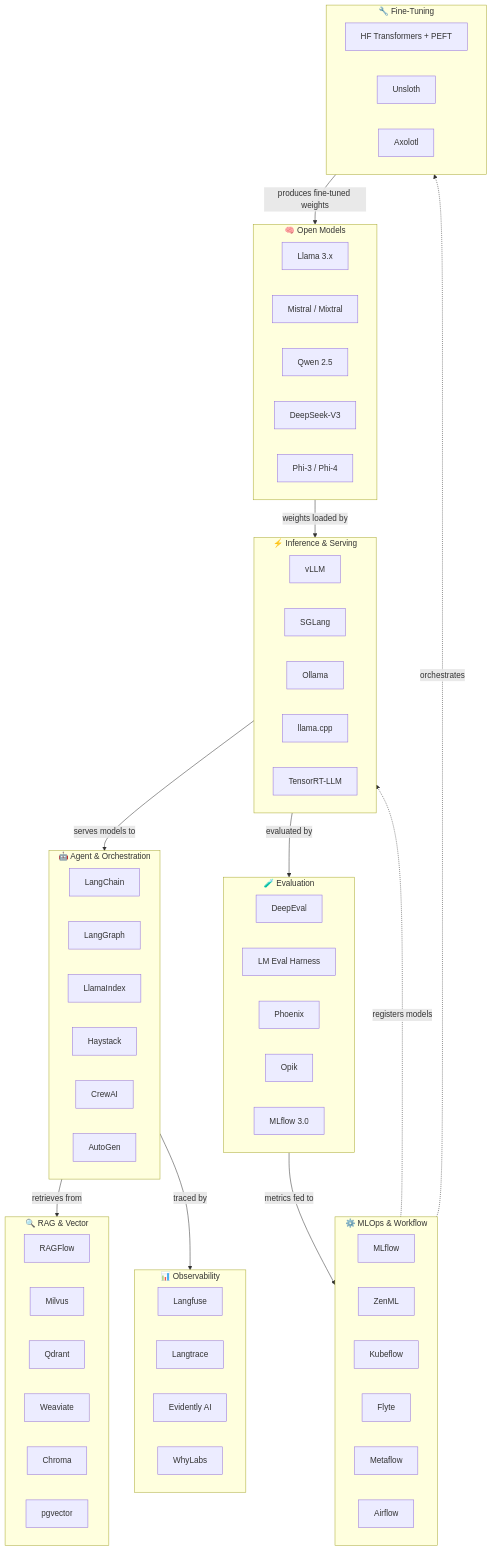
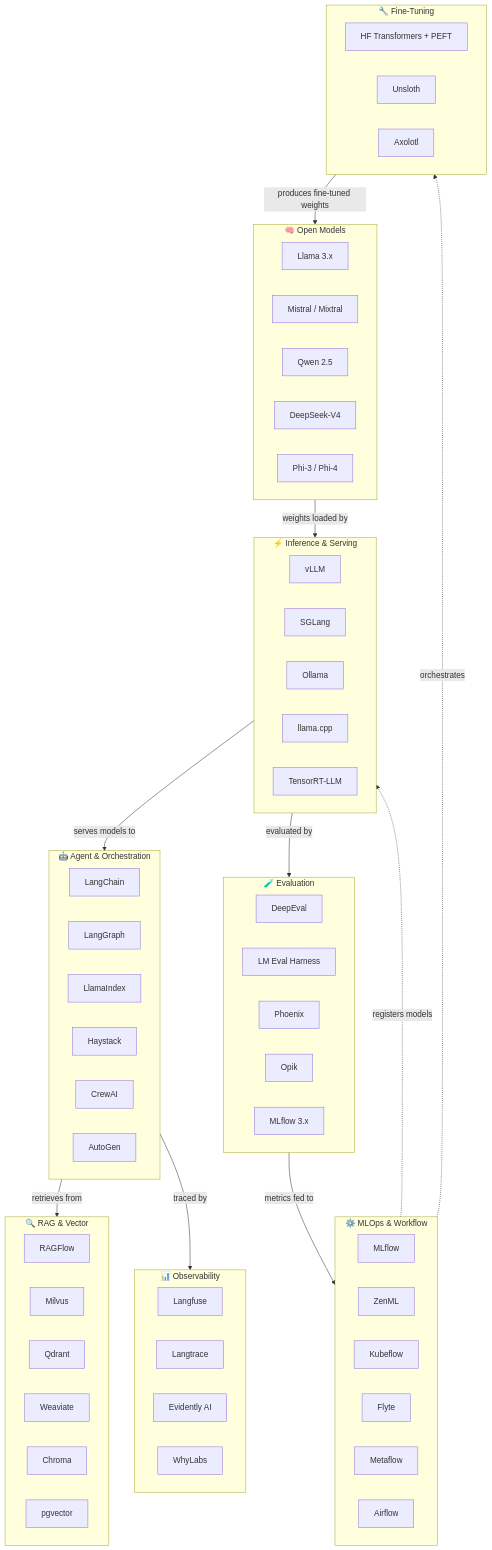
The diagram in reference/opensource-ai-mlops-cheatsheet.md (gmanch94/ai-enablement-ws), drawn with Mermaid before and after one commit. The commit also changed other lines of this file, not shown here.

````diff
--- a/reference/opensource-ai-mlops-cheatsheet.md
+++ b/reference/opensource-ai-mlops-cheatsheet.md
@@ -12,76 +12,76 @@
 ```mermaid
 graph TB
     subgraph MODELS["🧠 Open Models"]
         LLM3[Llama 3.x]
         MISTR[Mistral / Mixtral]
         QWEN[Qwen 2.5]
-        DS[DeepSeek-V3]
+        DS[DeepSeek-V4]
         PHI[Phi-3 / Phi-4]
     end
 
     subgraph INFER["⚡ Inference & Serving"]
         VLLM[vLLM]
         SGL[SGLang]
         OLL[Ollama]
         LCPP[llama.cpp]
         TRTLLM[TensorRT-LLM]
     end
 
     subgraph ORCH["🤖 Agent & Orchestration"]
         LC[LangChain]
         LG[LangGraph]
         LI[LlamaIndex]
         HS[Haystack]
         CR[CrewAI]
         AG[AutoGen]
     end
 
     subgraph RAG["🔍 RAG & Vector"]
         RF[RAGFlow]
         MIL[Milvus]
         QD[Qdrant]
         WV[Weaviate]
         CHR[Chroma]
         PGV[pgvector]
     end
 
     subgraph EVAL["🧪 Evaluation"]
         DE[DeepEval]
         LMEH[LM Eval Harness]
         PHX[Phoenix]
         OPIK[Opik]
-        MLF[MLflow 3.0]
+        MLF[MLflow 3.x]
     end
 
     subgraph OBS["📊 Observability"]
         LF[Langfuse]
         LT[Langtrace]
         EVD[Evidently AI]
         WHL[WhyLabs]
     end
 
     subgraph MLOPS["⚙️ MLOps & Workflow"]
         MLF2[MLflow]
         ZEN[ZenML]
         KF[Kubeflow]
         FLY[Flyte]
         MF[Metaflow]
         AIR[Airflow]
     end
 
     subgraph FTUNE["🔧 Fine-Tuning"]
         HFT[HF Transformers + PEFT]
         UNSL[Unsloth]
         AXL[Axolotl]
     end
 
     MODELS -->|"weights loaded by"| INFER
     INFER -->|"serves models to"| ORCH
     ORCH -->|"retrieves from"| RAG
     ORCH -->|"traced by"| OBS
     INFER -->|"evaluated by"| EVAL
     EVAL -->|"metrics fed to"| MLOPS
     FTUNE -->|"produces fine-tuned weights"| MODELS
     MLOPS -. "orchestrates" .-> FTUNE
     MLOPS -. "registers models" .-> INFER
 ```
````
